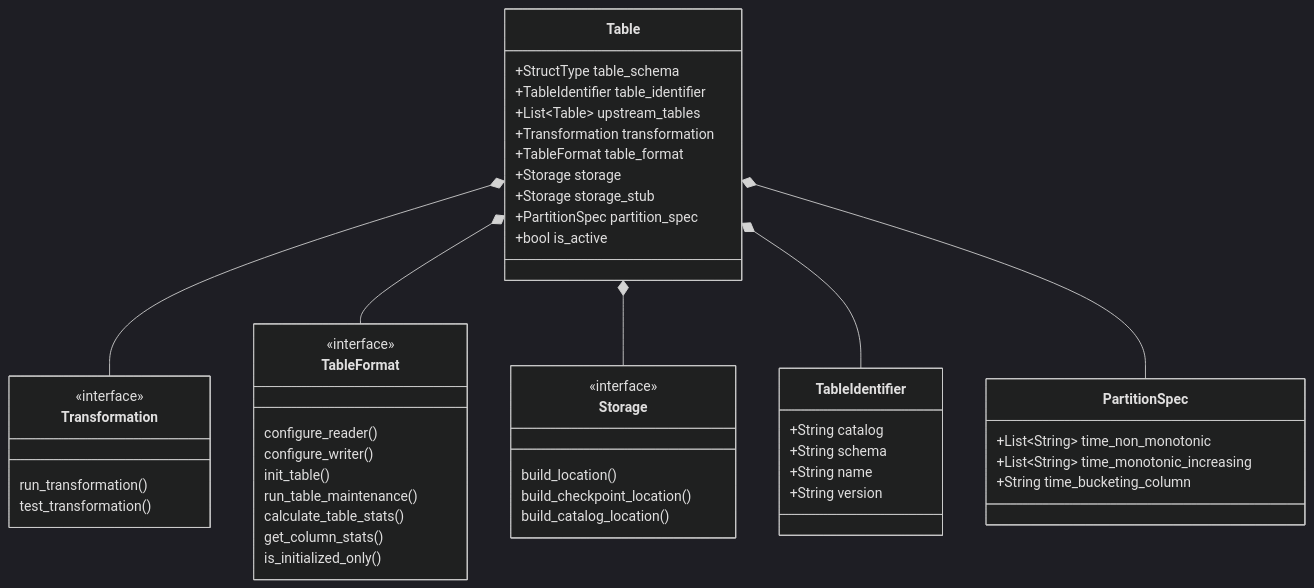
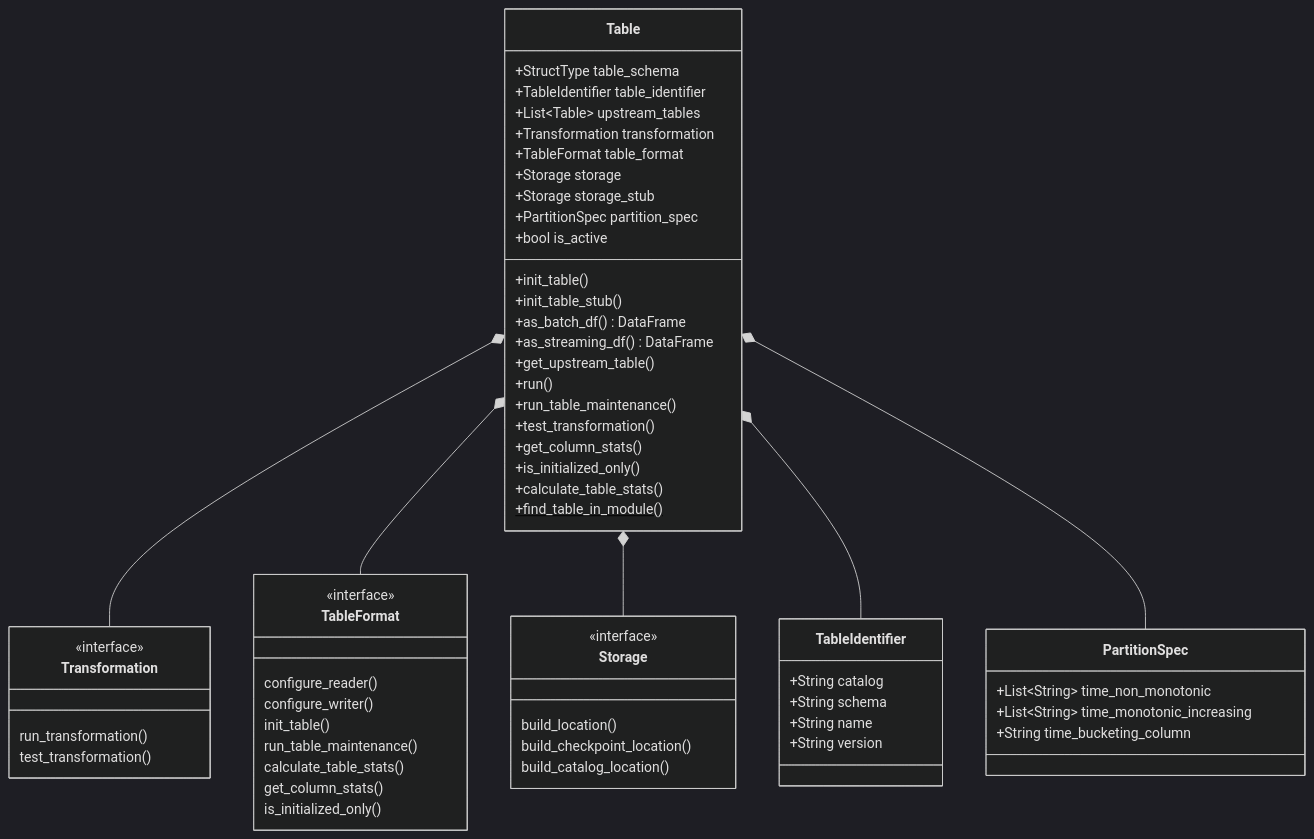
One commit to boyangeor/flow4df changed the diagram in README.md. Above: the diagram before and after it, drawn with Mermaid (dark theme). The commit also changed 24 other files, not shown here.

````diff
--- a/README.md
+++ b/README.md
@@ -3,51 +3,65 @@
 ```mermaid
 classDiagram
     class Table {
         +StructType table_schema
         +TableIdentifier table_identifier
         +List~Table~ upstream_tables
         +Transformation transformation
         +TableFormat table_format
         +Storage storage
         +Storage storage_stub
         +PartitionSpec partition_spec
         +bool is_active
+
+	+init_table()
+	+init_table_stub()
+	+as_batch_df() DataFrame
+	+as_streaming_df() DataFrame
+	+get_upstream_table()
+	+run()
+	+run_table_maintenance()
+	+test_transformation()
+	+get_column_stats()
+	+is_initialized_only()
+	+calculate_table_stats()
+
+	+find_table_in_module()$
     }
     class TableIdentifier {
       +String catalog
       +String schema
       +String name
       +String version
     }
     class Transformation {
         <<interface>>
         run_transformation()
         test_transformation()
     }
     class TableFormat {
         <<interface>>
         configure_reader()
         configure_writer()
         init_table()
         run_table_maintenance()
         calculate_table_stats()
         get_column_stats()
         is_initialized_only()
     }
     class Storage {
         <<interface>>
         build_location()
         build_checkpoint_location()
         build_catalog_location()
     }
     class PartitionSpec {
         +List~String~ time_non_monotonic
         +List~String~ time_monotonic_increasing
         +String time_bucketing_column
     } 
     Table *-- Transformation
     Table *-- TableFormat
     Table *-- Storage
     Table *-- TableIdentifier
     Table *-- PartitionSpec
 ```
````
